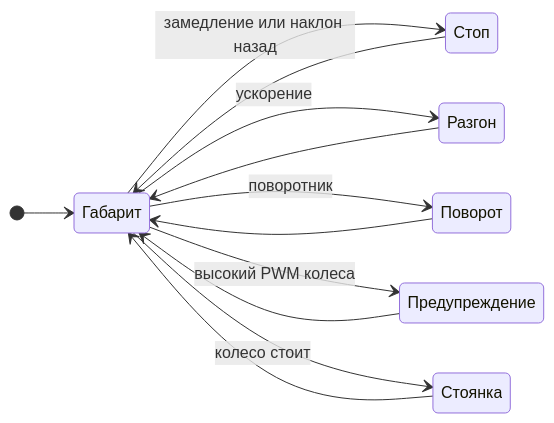
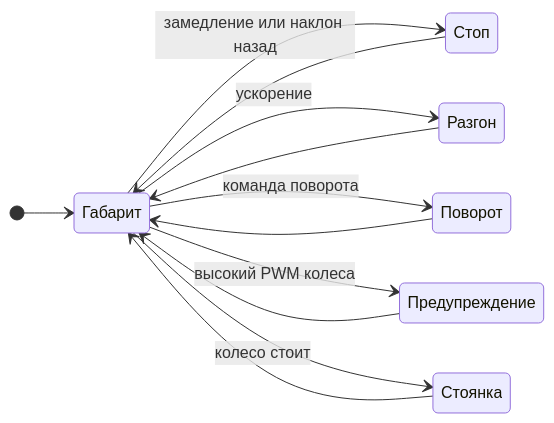
Before and after one commit to cjgun/WheelLog-Helmet: the second of 3 diagrams in README.md, drawn with Mermaid. The commit also changed other lines of this file and 1 other file, not shown here.

````diff
--- a/README.md
+++ b/README.md
@@ -48,21 +48,21 @@
 ```mermaid
 stateDiagram-v2
     direction LR
     state "Габарит" as idle
     state "Стоп" as brake
     state "Разгон" as accel
     state "Поворот" as turn
     state "Предупреждение" as warn
     state "Стоянка" as park
     [*] --> idle
     idle --> brake: замедление или наклон назад
     idle --> accel: ускорение
-    idle --> turn: поворотник
+    idle --> turn: команда поворота
     idle --> warn: высокий PWM колеса
     idle --> park: колесо стоит
     brake --> idle
     accel --> idle
     turn --> idle
     warn --> idle
     park --> idle
 ```
````
